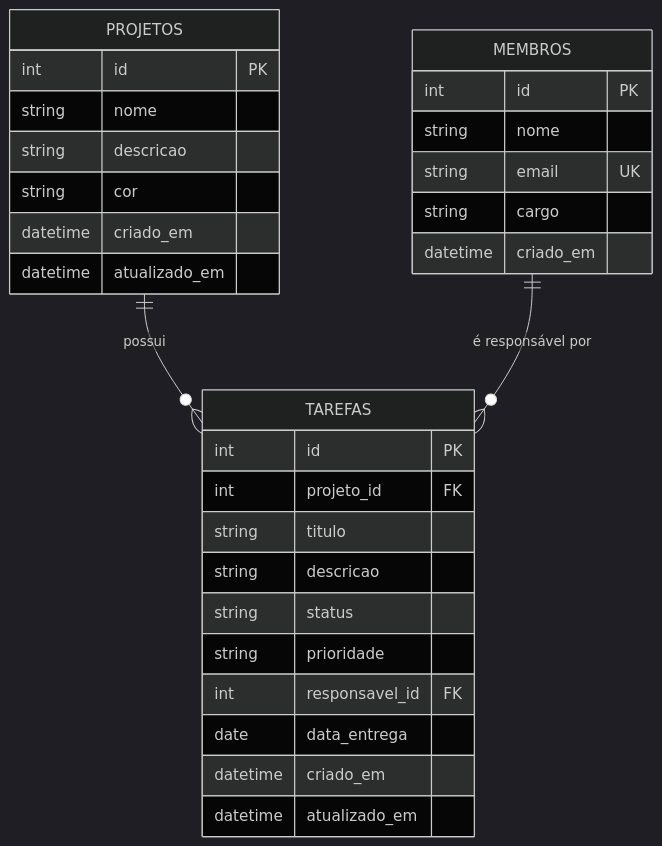
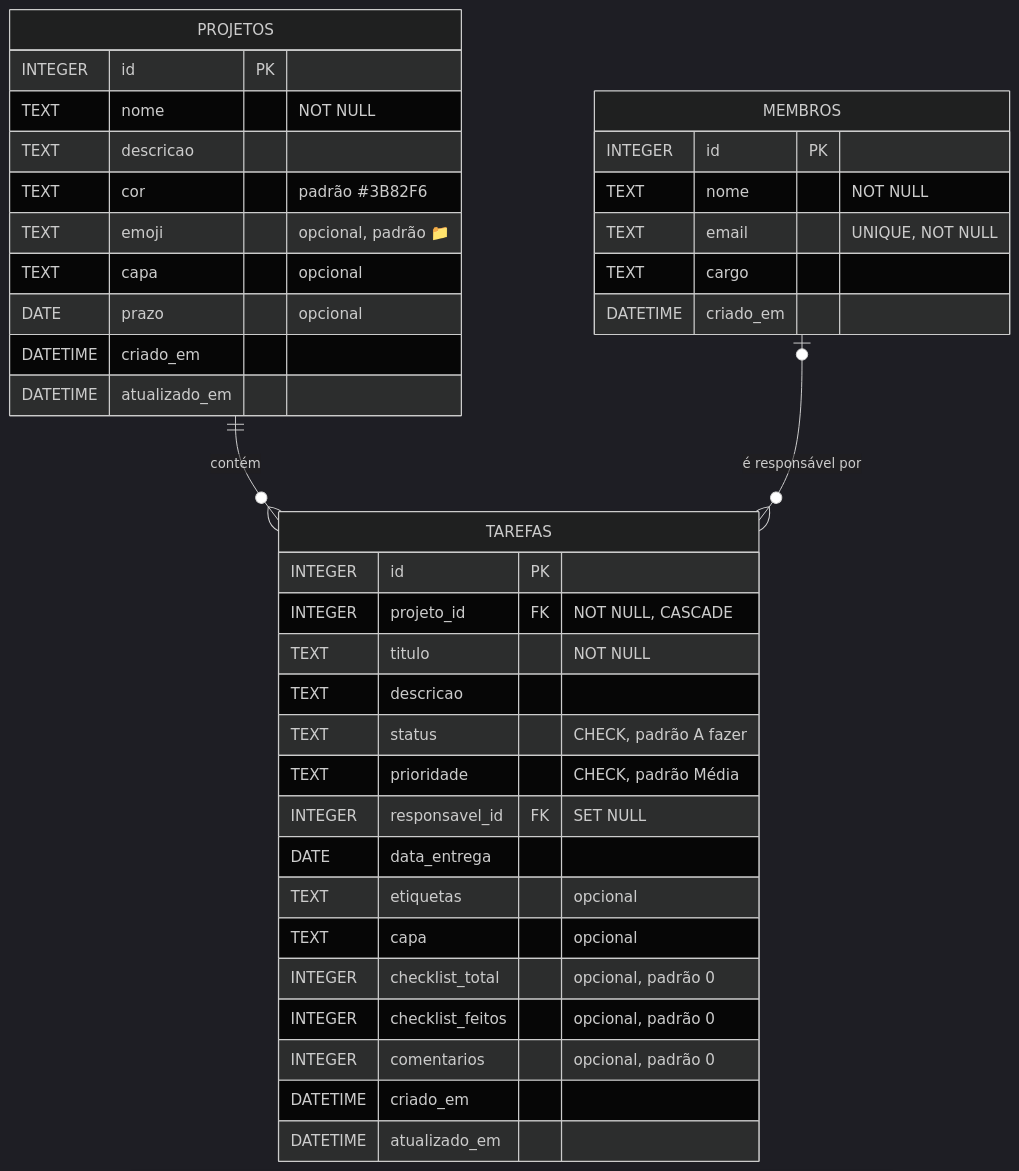
Before and after one commit to joaogpnfs/tarefas-gestor: the fourth of 5 diagrams in documentacao/documentacao.md, drawn with Mermaid (dark theme). The commit also changed other lines of this file, not shown here.

````diff
--- a/documentacao/documentacao.md
+++ b/documentacao/documentacao.md
@@ -349,35 +446,40 @@
 ```mermaid
 erDiagram
-    PROJETOS ||--o{ TAREFAS : "possui"
-    MEMBROS ||--o{ TAREFAS : "é responsável por"
-    
+    PROJETOS ||--o{ TAREFAS : "contém"
+    MEMBROS |o--o{ TAREFAS : "é responsável por"
     PROJETOS {
-        int id PK
-        string nome
-        string descricao
-        string cor
-        datetime criado_em
-        datetime atualizado_em
+        INTEGER id PK
+        TEXT nome "NOT NULL"
+        TEXT descricao
+        TEXT cor "padrão #3B82F6"
+        TEXT emoji "opcional, padrão 📁"
+        TEXT capa "opcional"
+        DATE prazo "opcional"
+        DATETIME criado_em
+        DATETIME atualizado_em
     }
-    
     TAREFAS {
-        int id PK
-        int projeto_id FK
-        string titulo
-        string descricao
-        string status
-        string prioridade
-        int responsavel_id FK
-        date data_entrega
-        datetime criado_em
-        datetime atualizado_em
+        INTEGER id PK
+        INTEGER projeto_id FK "NOT NULL, CASCADE"
+        TEXT titulo "NOT NULL"
+        TEXT descricao
+        TEXT status "CHECK, padrão A fazer"
+        TEXT prioridade "CHECK, padrão Média"
+        INTEGER responsavel_id FK "SET NULL"
+        DATE data_entrega
+        TEXT etiquetas "opcional"
+        TEXT capa "opcional"
+        INTEGER checklist_total "opcional, padrão 0"
+        INTEGER checklist_feitos "opcional, padrão 0"
+        INTEGER comentarios "opcional, padrão 0"
+        DATETIME criado_em
+        DATETIME atualizado_em
     }
-    
     MEMBROS {
-        int id PK
-        string nome
-        string email UK
-        string cargo
-        datetime criado_em
+        INTEGER id PK
+        TEXT nome "NOT NULL"
+        TEXT email "UNIQUE, NOT NULL"
+        TEXT cargo
+        DATETIME criado_em
     }
 ```
````
